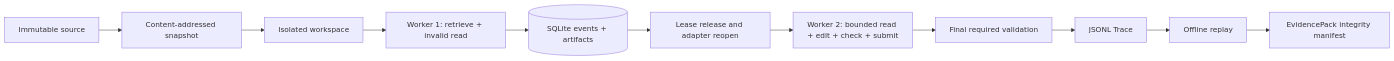
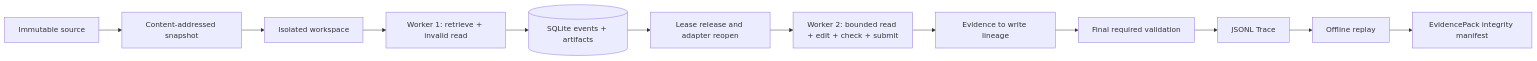
Before and after one commit to caoshangrui-spec/horizon-coding-harness: the diagram in docs/portfolio-demo.md, drawn with Mermaid. The commit also changed other lines of this file and 8 other files, not shown here.

````diff
--- a/docs/portfolio-demo.md
+++ b/docs/portfolio-demo.md
@@ -55,13 +58,14 @@
 ```mermaid
 flowchart LR
     S[Immutable source] --> SNAP[Content-addressed snapshot]
     SNAP --> W[Isolated workspace]
     W --> A[Worker 1: retrieve + invalid read]
     A --> E[(SQLite events + artifacts)]
     E --> H[Lease release and adapter reopen]
     H --> B[Worker 2: bounded read + edit + check + submit]
-    B --> V[Final required validation]
+    B --> L[Evidence to write lineage]
+    L --> V[Final required validation]
     V --> T[JSONL Trace]
     T --> R[Offline replay]
     R --> P[EvidencePack integrity manifest]
 ```
````
